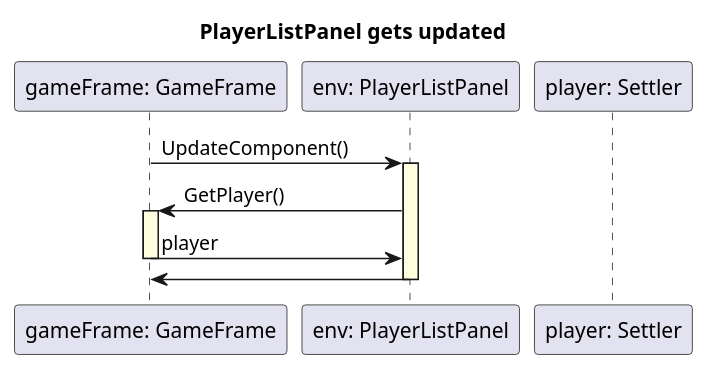
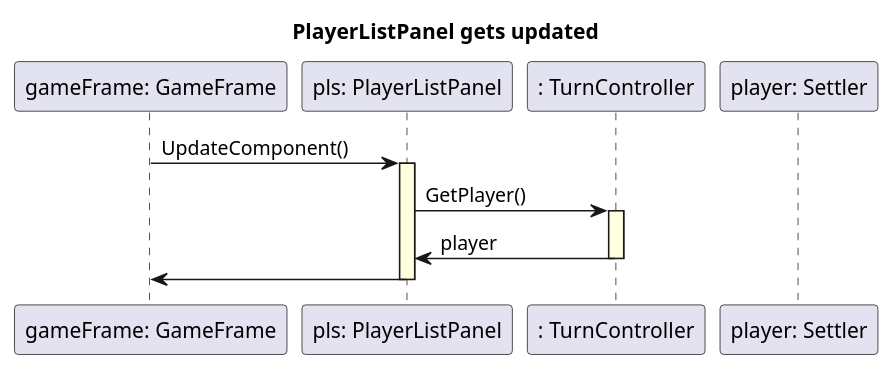
Before and after one commit to bbucsy/projlab_holy_oil: the diagram in uml/gui_seq_diagrams/update_playerlist.plantuml, drawn with PlantUML. The commit also changed 5 other files, not shown here.

```diff
--- a/uml/gui_seq_diagrams/update_playerlist.plantuml
+++ b/uml/gui_seq_diagrams/update_playerlist.plantuml
@@ -1,18 +1,19 @@
 @startuml seq
 
 skinparam SequenceLifeLineBackgroundColor LightYellow
 
 title "PlayerListPanel gets updated"
 
 participant "gameFrame: GameFrame" as gameFrame
-participant "env: PlayerListPanel" as env
+participant "pls: PlayerListPanel" as env
+participant ": TurnController" as turn
 
 gameFrame -> env ++: UpdateComponent()
-env -> gameFrame ++: GetPlayer()
-gameFrame -> env --: player
+env -> turn ++: GetPlayer()
+turn -> env --: player
 
 participant "player: Settler" as settler
 
 env -> gameFrame --
 
 @enduml
```
